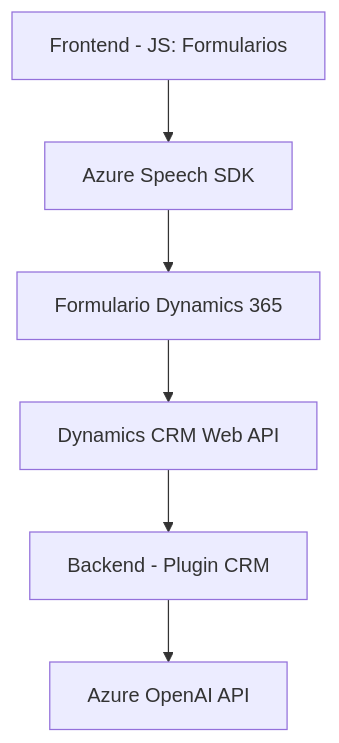
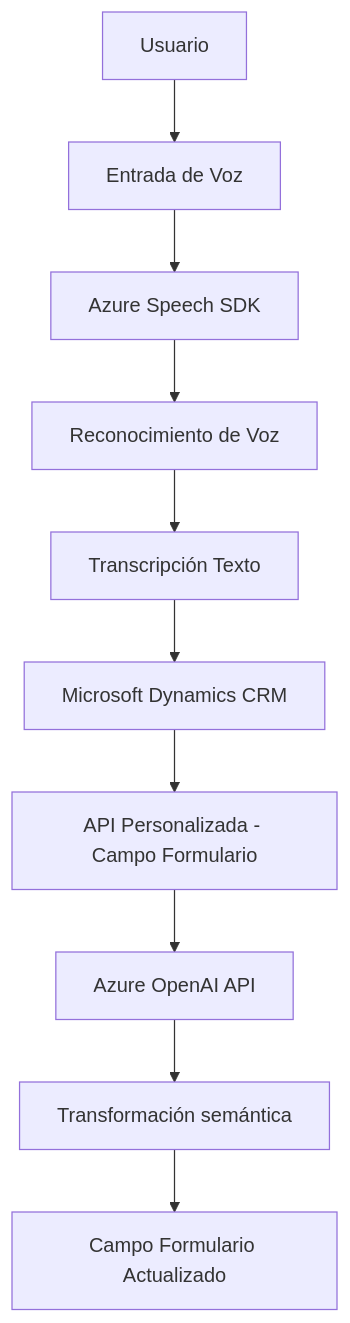
One commit to blopezdm/NETCORE_BILBAO2025 changed the diagram in README.md. Above: the diagram before and after it, drawn with Mermaid. The commit also changed other lines of this file, not shown here.

````diff
--- a/README.md
+++ b/README.md
@@ -32,15 +51,23 @@
 ```mermaid
 graph TD
-    A["Frontend - JS: Formularios"]
-    B["Azure Speech SDK"]
-    C["Backend - Plugin CRM"]
-    D["Azure OpenAI API"]
-    E["Dynamics CRM Web API"]
-    F["Formulario Dynamics 365"]
+    A["Usuario"]
+    B["Entrada de Voz"]
+    C["Azure Speech SDK"]
+    D["Reconocimiento de Voz"]
+    E["Transcripción Texto"]
+    F["Microsoft Dynamics CRM"]
+    G["API Personalizada - Campo Formulario"]
+    H["Azure OpenAI API"]
+    I["Transformación semántica"]
+    J["Campo Formulario Actualizado"]
 
     A --> B
-    B --> F
-    F --> E
-    E --> C
+    B --> C
     C --> D
+    D --> E
+    E --> F
+    F --> G
+    G --> H
+    H --> I
+    I --> J
 ```
````
